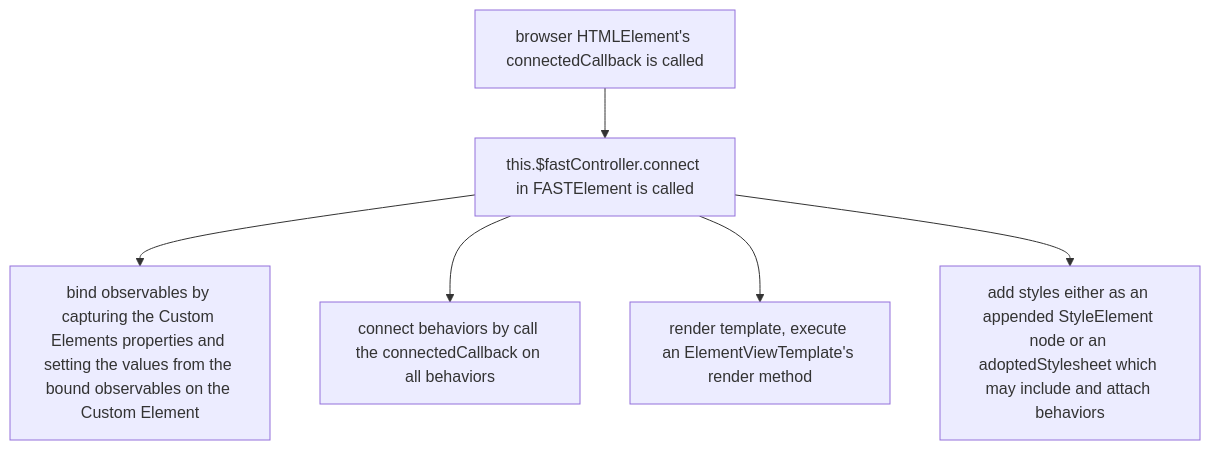
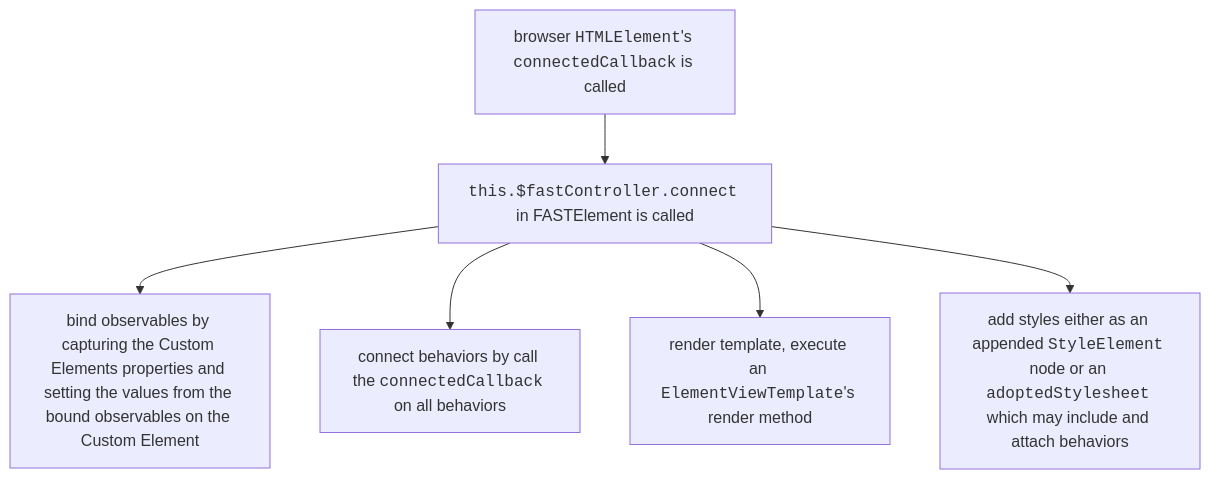
One commit to microsoft/fast changed the fifth of 6 diagrams in packages/web-components/fast-element/ARCHITECTURE.md. Above: the diagram before and after it, drawn with Mermaid. The commit also changed other lines of this file, not shown here.

````diff
--- a/packages/web-components/fast-element/ARCHITECTURE.md
+++ b/packages/web-components/fast-element/ARCHITECTURE.md
@@ -95,12 +95,12 @@
 ```mermaid
 flowchart TD
-    A[browser HTMLElement's connectedCallback is called] --> B
-    B[this.$fastController.connect in FASTElement is called] --> C
+    A[browser <code>HTMLElement</code>'s <code>connectedCallback</code> is called] --> B
+    B[<code>this.$fastController.connect</code> in FASTElement is called] --> C
     B --> D
     B --> E
     B --> F
     C[bind observables by capturing the Custom Elements properties and setting the values from the bound observables on the Custom Element]
-    D[connect behaviors by call the connectedCallback on all behaviors]
-    E[render template, execute an ElementViewTemplate's render method]
-    F[add styles either as an appended StyleElement node or an adoptedStylesheet which may include and attach behaviors]
+    D[connect behaviors by call the <code>connectedCallback</code> on all behaviors]
+    E[render template, execute an <code>ElementViewTemplate</code>'s render method]
+    F[add styles either as an appended <code>StyleElement</code> node or an <code>adoptedStylesheet</code> which may include and attach behaviors]
 ```
````
